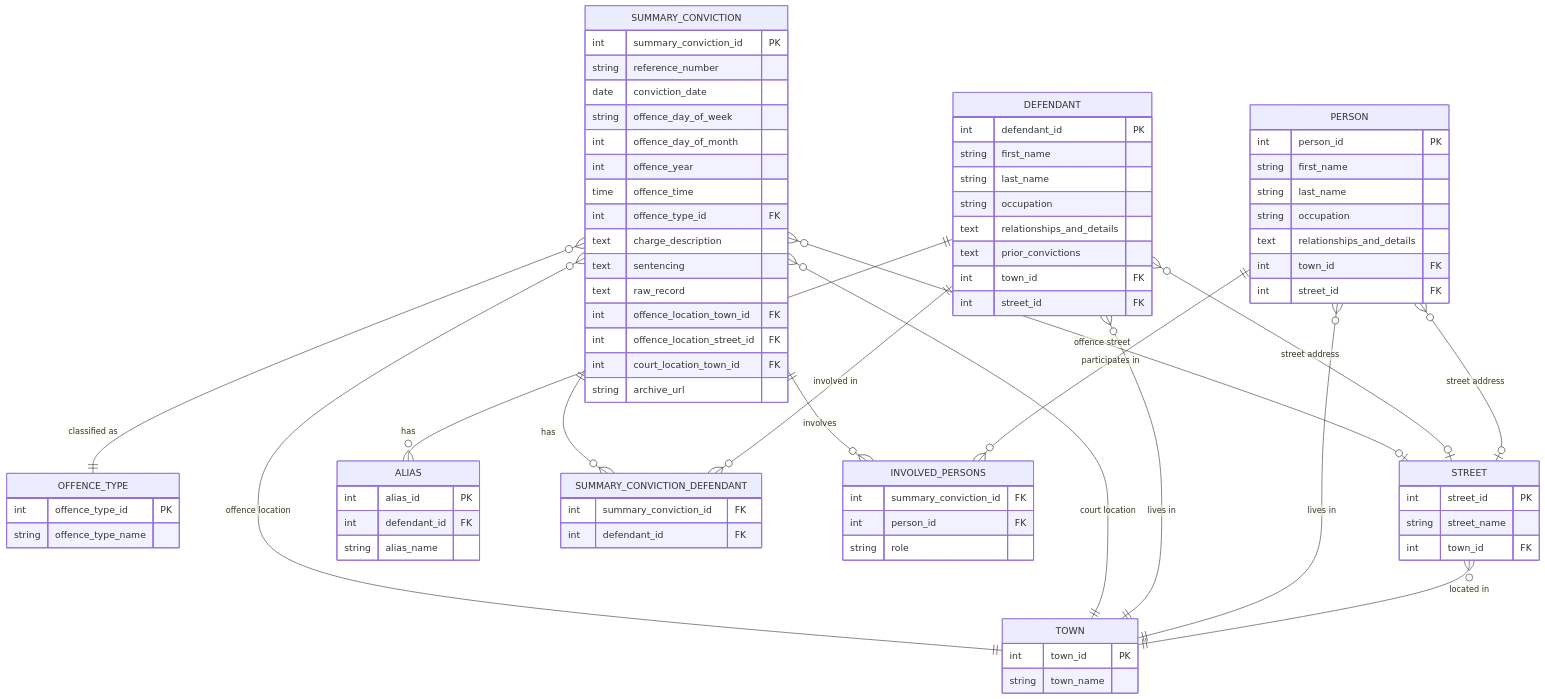
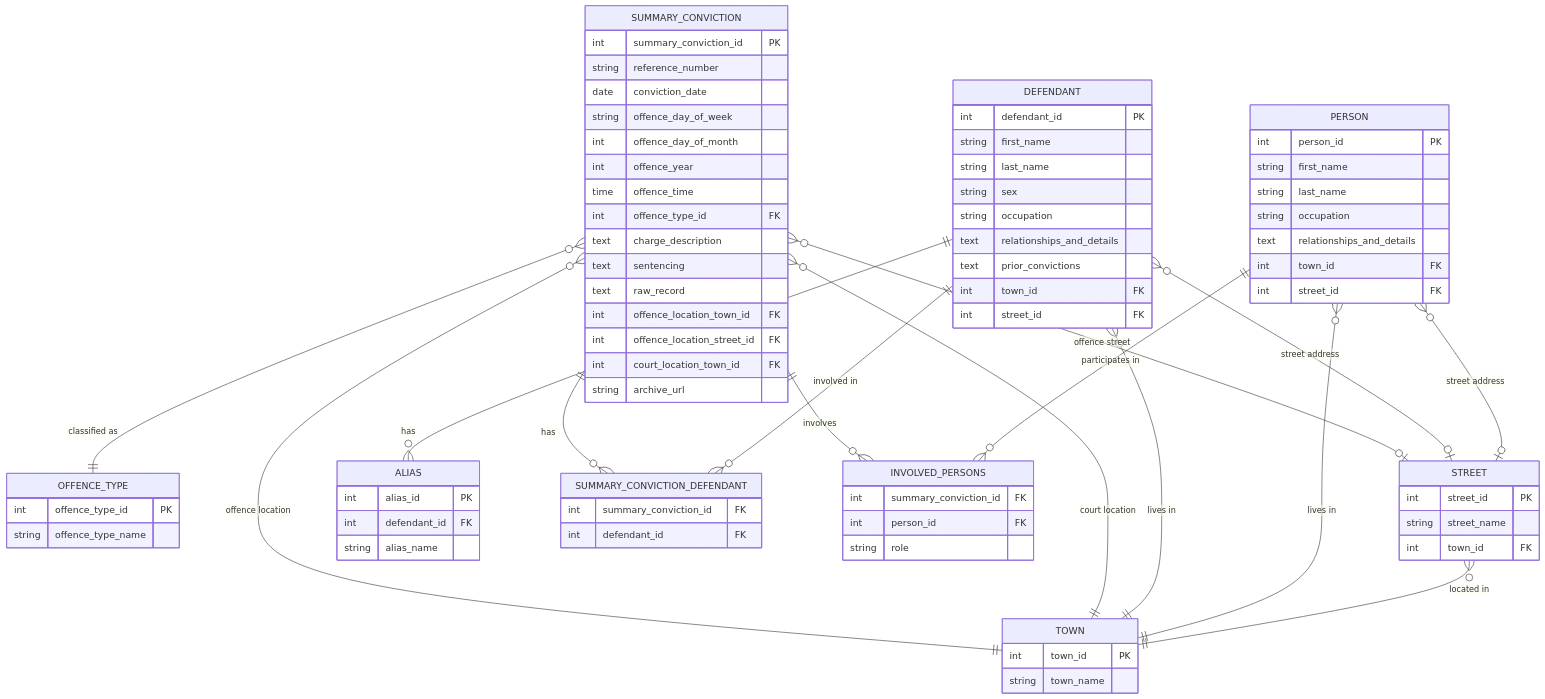
Before and after one commit to gjhilton/NorthRidingQuarterSessions: the diagram in README.md, drawn with Mermaid. The commit also changed other lines of this file and 2 other files, not shown here.

```diff
--- a/README.md
+++ b/README.md
@@ -74,6 +77,7 @@
         int defendant_id PK
         string first_name
         string last_name
+        string sex
         string occupation
         text relationships_and_details
         text prior_convictions
```
